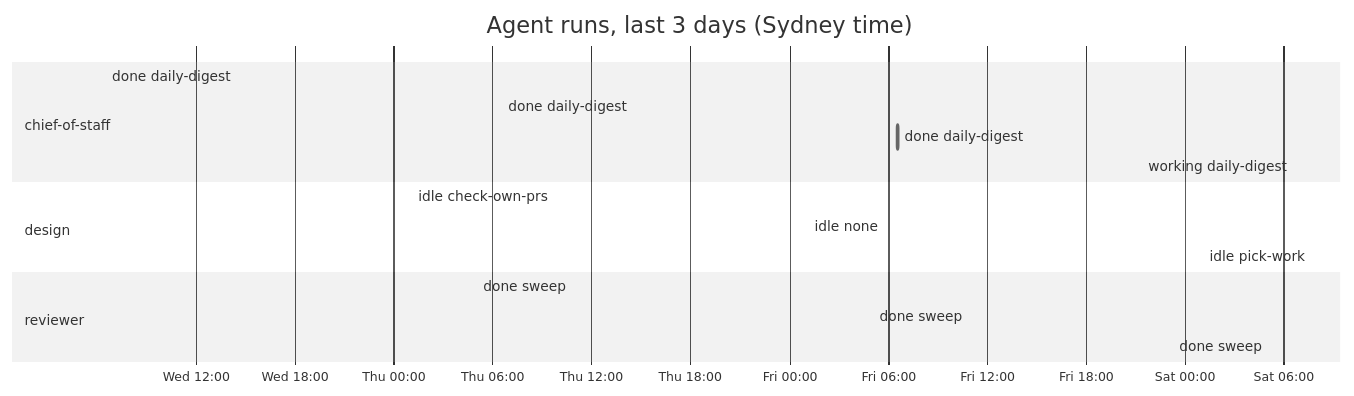
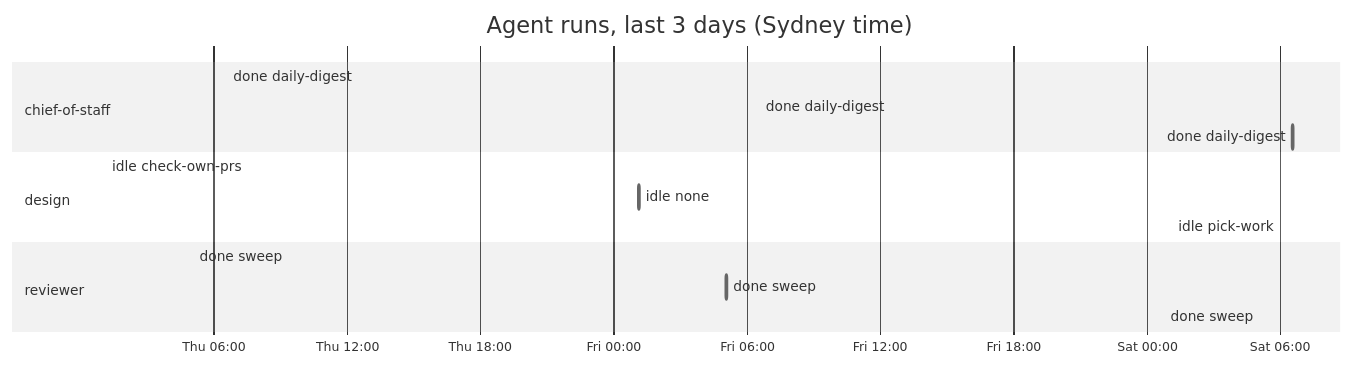
Before and after one commit to roulmediateam-byte/fifteen-expert-hq: the diagram in dashboard.md, drawn with Mermaid (neutral theme). The commit also changed other lines of this file and 1 other file, not shown here.

````diff
--- a/dashboard.md
+++ b/dashboard.md
@@ -55,19 +56,18 @@
 ```mermaid
 gantt
     title Agent runs, last 3 days (Sydney time)
     dateFormat YYYY-MM-DD HH:mm
     axisFormat %a %H:%M
     section chief-of-staff
-    done daily-digest :done, 2026-11-25 06:34, 2026-11-25 06:35
     done daily-digest :done, 2026-11-26 06:35, 2026-11-26 06:36
     done daily-digest :done, 2026-11-27 06:35, 2026-11-27 06:36
-    working daily-digest :active, 2026-11-28 06:34, 2026-11-28 06:35
+    done daily-digest :done, 2026-11-28 06:34, 2026-11-28 06:36
     section design
     idle check-own-prs :done, 2026-11-26 01:09, 2026-11-26 01:09
     idle none :done, 2026-11-27 01:08, 2026-11-27 01:09
     idle pick-work :done, 2026-11-28 01:09, 2026-11-28 01:09
     section reviewer
     done sweep :done, 2026-11-26 05:05, 2026-11-26 05:06
     done sweep :done, 2026-11-27 05:05, 2026-11-27 05:06
     done sweep :done, 2026-11-28 05:05, 2026-11-28 05:06
 ```
````
